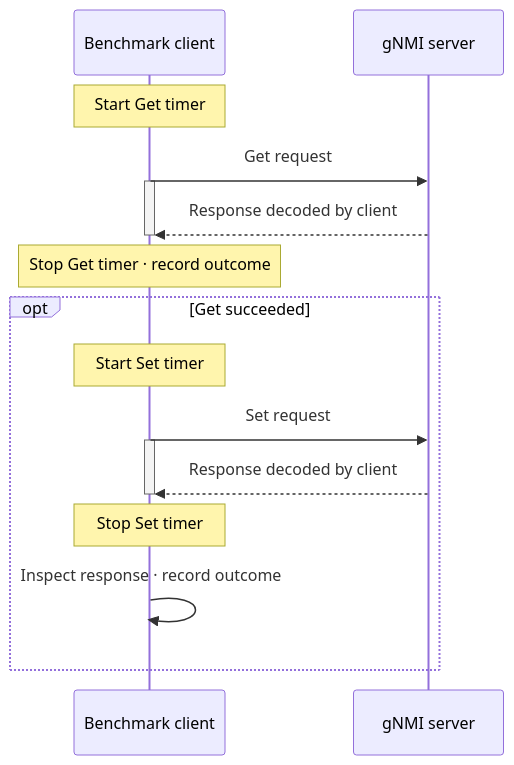
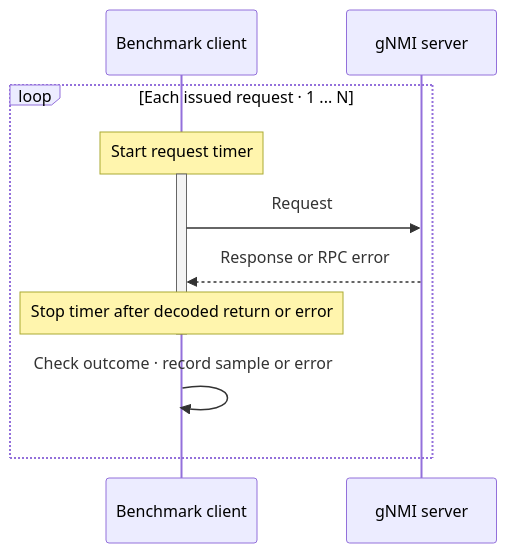
The second of 2 diagrams in docs/testplan/gnmi-benchmark-design.md (sonic-net/sonic-mgmt), drawn with Mermaid before and after one commit. The commit also changed other lines of this file, not shown here.

Commit message:
Clarify report integration and general request timing

````diff
--- a/docs/testplan/gnmi-benchmark-design.md
+++ b/docs/testplan/gnmi-benchmark-design.md
@@ -75,20 +76,14 @@
 ```mermaid
 sequenceDiagram
     participant Client as Benchmark client
     participant DUT as gNMI server
-    Note over Client: Start Get timer
-    Client->>DUT: Get request
-    activate Client
-    DUT-->>Client: Response decoded by client
-    deactivate Client
-    Note over Client: Stop Get timer · record outcome
-    opt Get succeeded
-        Note over Client: Start Set timer
-        Client->>DUT: Set request
+    loop Each issued request · 1 ... N
+        Note over Client: Start request timer
         activate Client
-        DUT-->>Client: Response decoded by client
+        Client->>DUT: Request
+        DUT-->>Client: Response or RPC error
+        Note over Client: Stop timer after decoded return or error
         deactivate Client
-        Note over Client: Stop Set timer
-        Client->>Client: Inspect response · record outcome
+        Client->>Client: Check outcome · record sample or error
     end
 ```
````
